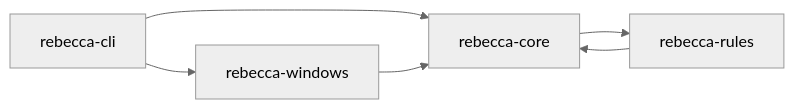
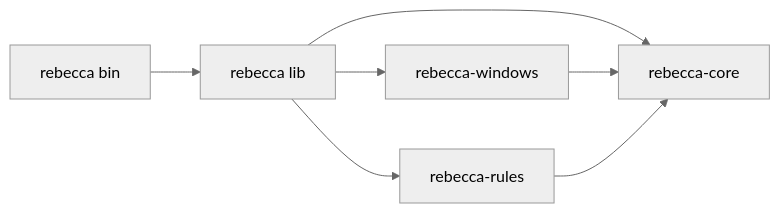
One commit to Latias94/rebecca changed the diagram in docs/adr/0003-workspace-and-module-boundaries.md. Above: the diagram before and after it, drawn with Mermaid (neutral theme). The commit also changed other lines of this file and 46 other files, not shown here.

````diff
--- a/docs/adr/0003-workspace-and-module-boundaries.md
+++ b/docs/adr/0003-workspace-and-module-boundaries.md
@@ -12,8 +12,9 @@
 ```mermaid
 flowchart LR
-  CLI[rebecca-cli] --> CORE[rebecca-core]
-  CLI --> WIN[rebecca-windows]
-  CORE --> RULES[rebecca-rules]
+  CLI[rebecca bin] --> FACADE[rebecca lib]
+  FACADE --> CORE[rebecca-core]
+  FACADE --> RULES[rebecca-rules]
+  FACADE --> WIN[rebecca-windows]
   WIN --> CORE
   RULES --> CORE
 ```
````
